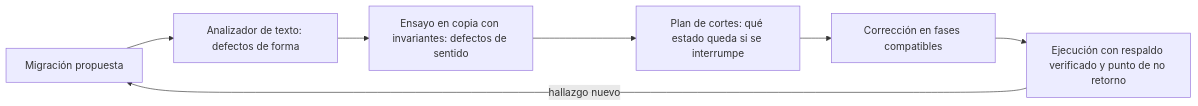
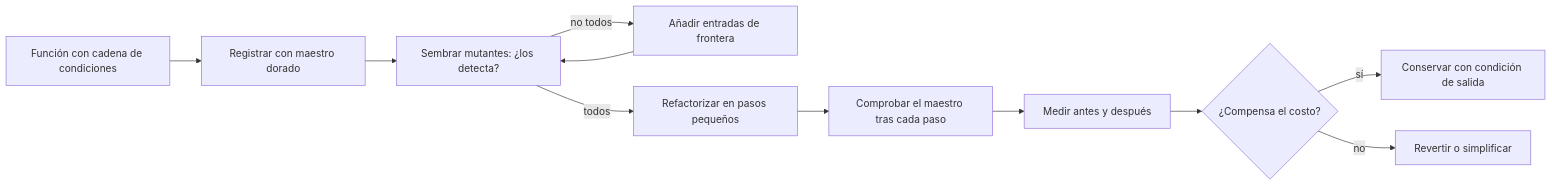
The diagram in content/part-26/SE-323.md (vladimiracunadev-create/modern-software-engineering-program), drawn with Mermaid before and after one commit. The commit also changed other lines of this file and 5193 other files, not shown here.

````diff
--- a/content/part-26/SE-323.md
+++ b/content/part-26/SE-323.md
@@ -55,9 +58,13 @@
 ```mermaid
 flowchart LR
-    A[Migración propuesta] --> B[Analizador de texto: defectos de forma]
-    B --> C[Ensayo en copia con invariantes: defectos de sentido]
-    C --> D[Plan de cortes: qué estado queda si se interrumpe]
-    D --> E[Corrección en fases compatibles]
-    E --> F[Ejecución con respaldo verificado y punto de no retorno]
-    F -->|hallazgo nuevo| A
+    A[Función con cadena de condiciones] --> B[Registrar con maestro dorado]
+    B --> C[Sembrar mutantes: ¿los detecta?]
+    C -->|no todos| D[Añadir entradas de frontera]
+    D --> C
+    C -->|todos| E[Refactorizar en pasos pequeños]
+    E --> F[Comprobar el maestro tras cada paso]
+    F --> G[Medir antes y después]
+    G --> H{¿Compensa el costo?}
+    H -->|sí| I[Conservar con condición de salida]
+    H -->|no| J[Revertir o simplificar]
 ```
````
